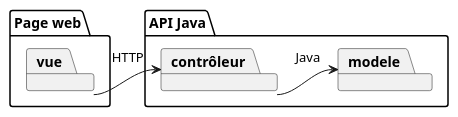
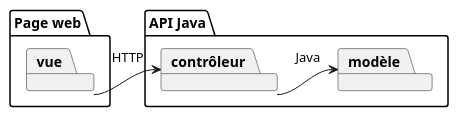
One commit to tgoubin/mvc-example changed the second of 3 diagrams in src/main/doc/exemple2.adoc. Above: the diagram before and after it, drawn with PlantUML. The commit also changed other lines of this file and 1 other file, not shown here.

```diff
--- a/src/main/doc/exemple2.adoc
+++ b/src/main/doc/exemple2.adoc
@@ -135,18 +135,18 @@
 [plantuml, "modele-mvc2", png]  
 ----
 @startuml
 
 folder "API Java" {
-	package modele
+	package modèle
 	package contrôleur
 }
 
 folder "Page web" {
 	package vue
 }
 
 vue -> contrôleur: HTTP
-contrôleur -> modele: Java
+contrôleur -> modèle: Java
 
 @enduml
 ----
```
